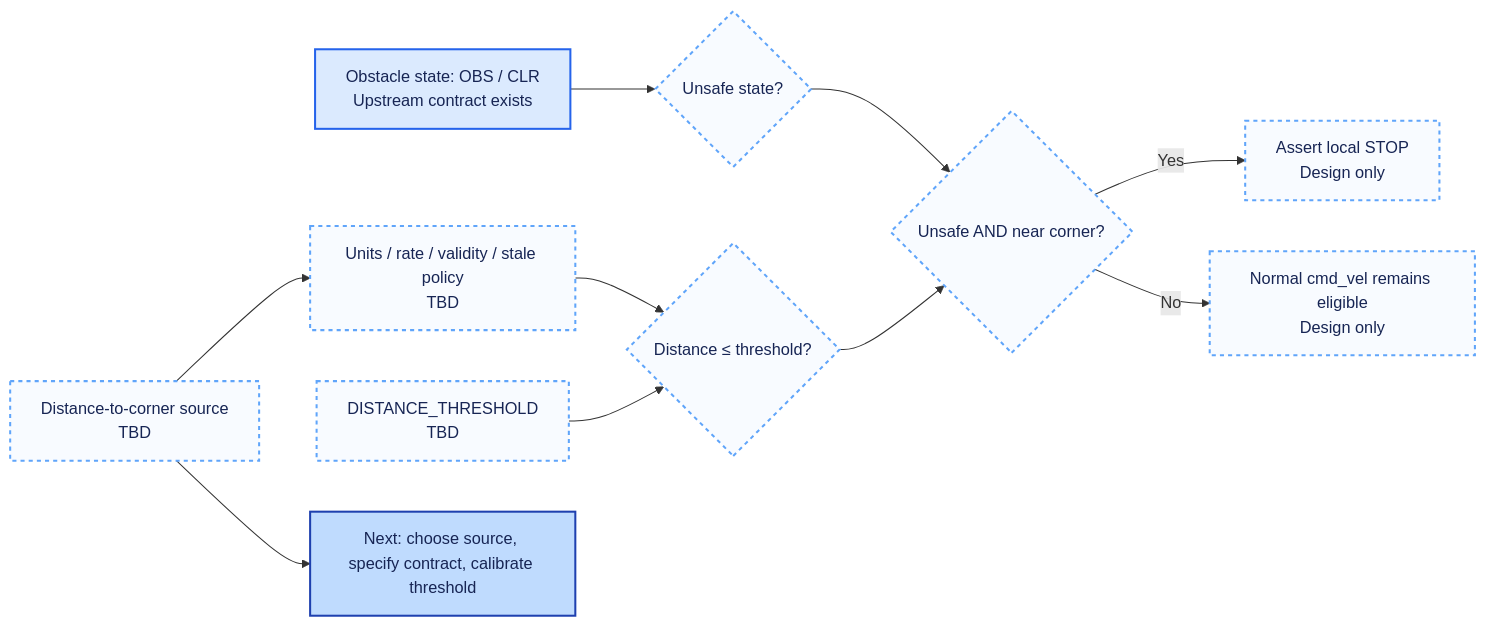
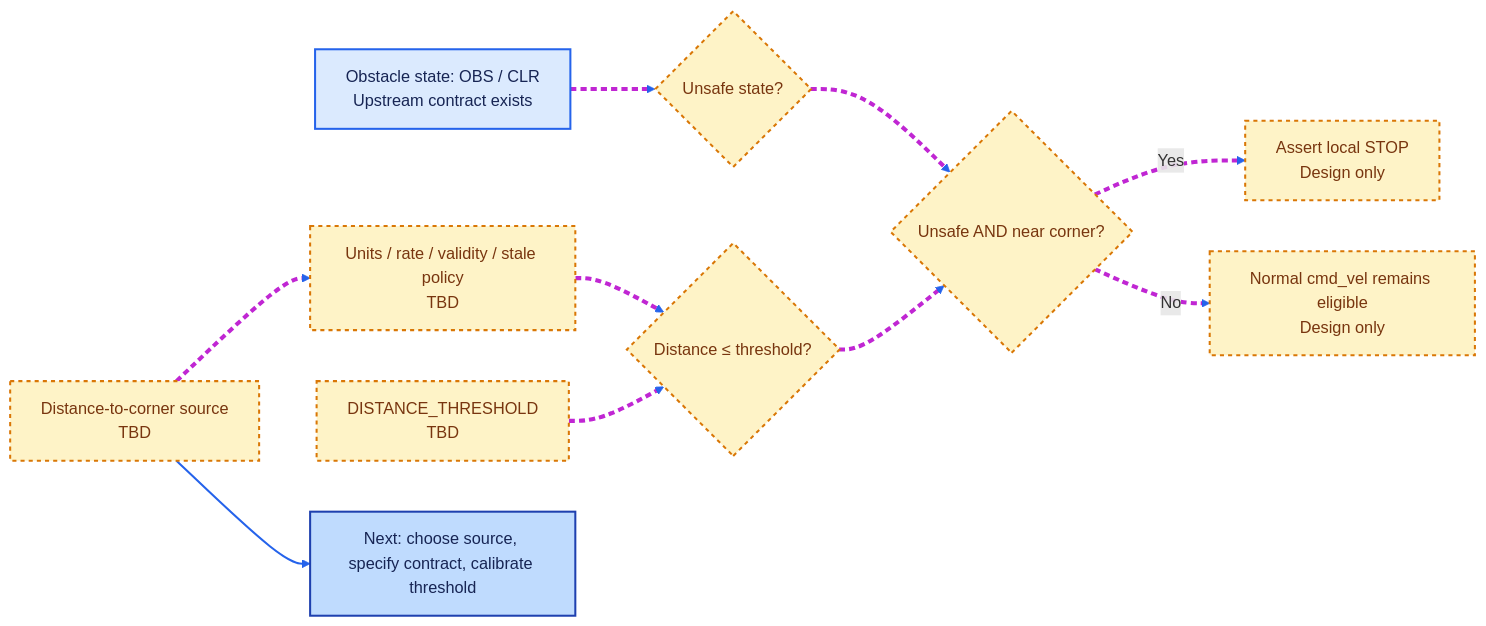
Diagram 14 of 21 in docs/architecture/system/progress.md (kirolossedra/RIS-Robotics), drawn with Mermaid before and after one commit. The commit also changed other lines of this file, not shown here.

````diff
--- a/docs/architecture/system/progress.md
+++ b/docs/architecture/system/progress.md
@@ -257,18 +308,20 @@
 ```mermaid
 flowchart LR
     OBS["Obstacle state: OBS / CLR<br/>Upstream contract exists"] --> UNSAFE{"Unsafe state?"}
     SENSOR["Distance-to-corner source<br/>TBD"] --> VALID["Units / rate / validity / stale policy<br/>TBD"] --> NEAR{"Distance ≤ threshold?"}
     THRESHOLD["DISTANCE_THRESHOLD<br/>TBD"] --> NEAR
     UNSAFE --> GATE{"Unsafe AND near corner?"}
     NEAR --> GATE
     GATE -->|"Yes"| STOP["Assert local STOP<br/>Design only"]
     GATE -->|"No"| NORMAL["Normal cmd_vel remains eligible<br/>Design only"]
     SENSOR --> NEXT["Next: choose source, specify contract, calibrate threshold"]
 
     classDef done fill:#dbeafe,stroke:#2563eb,color:#172554,stroke-width:2px;
-    classDef planned fill:#f8fbff,stroke:#60a5fa,color:#172554,stroke-width:2px,stroke-dasharray:4 4;
+    classDef planned fill:#fef3c7,stroke:#d97706,color:#78350f,stroke-width:2px,stroke-dasharray:4 4;
     classDef next fill:#bfdbfe,stroke:#1e40af,color:#172554,stroke-width:2px;
     class OBS done;
     class SENSOR,VALID,NEAR,THRESHOLD,UNSAFE,GATE,STOP,NORMAL planned;
     class NEXT next;
+    linkStyle default stroke:#2563eb,stroke-width:2px;
+    linkStyle 0,1,2,3,4,5,6,7 stroke:#c026d3,stroke-width:4px,stroke-dasharray:6 4;
 ```
````
